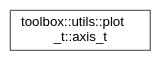
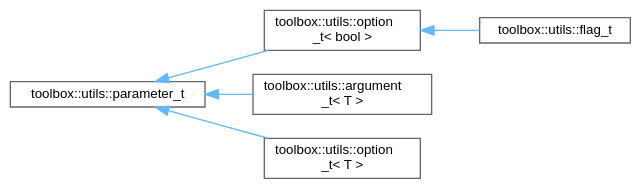
One commit to nerdneilsfield/cpp-toolbox changed the diagram in inherit_graph_169.dot. Above: the diagram before and after it, drawn with Graphviz. The commit also changed 250 other files, not shown here.

```diff
--- a/inherit_graph_169.dot
+++ b/inherit_graph_169.dot
@@ -1,9 +1,17 @@
 digraph "Graphical Class Hierarchy"
 {
  // LATEX_PDF_SIZE
   bgcolor="transparent";
   edge [fontname=Helvetica,fontsize=10,labelfontname=Helvetica,labelfontsize=10];
   node [fontname=Helvetica,fontsize=10,shape=box,height=0.2,width=0.4];
   rankdir="LR";
-  Node0 [id="Node000000",label="toolbox::utils::plot\l_t::axis_t",height=0.2,width=0.4,color="grey40", fillcolor="white", style="filled",URL="$structtoolbox_1_1utils_1_1plot__t_1_1axis__t.html",tooltip=" "];
+  Node0 [id="Node000000",label="toolbox::utils::parameter_t",height=0.2,width=0.4,color="grey40", fillcolor="white", style="filled",URL="$classtoolbox_1_1utils_1_1parameter__t.html",tooltip=" "];
+  Node0 -> Node1 [id="edge116_Node000000_Node000001",dir="back",color="steelblue1",style="solid",tooltip=" "];
+  Node1 [id="Node000001",label="toolbox::utils::option\l_t\< bool \>",height=0.2,width=0.4,color="grey40", fillcolor="white", style="filled",URL="$classtoolbox_1_1utils_1_1option__t.html",tooltip=" "];
+  Node1 -> Node2 [id="edge117_Node000001_Node000002",dir="back",color="steelblue1",style="solid",tooltip=" "];
+  Node2 [id="Node000002",label="toolbox::utils::flag_t",height=0.2,width=0.4,color="grey40", fillcolor="white", style="filled",URL="$classtoolbox_1_1utils_1_1flag__t.html",tooltip=" "];
+  Node0 -> Node3 [id="edge118_Node000000_Node000003",dir="back",color="steelblue1",style="solid",tooltip=" "];
+  Node3 [id="Node000003",label="toolbox::utils::argument\l_t\< T \>",height=0.2,width=0.4,color="grey40", fillcolor="white", style="filled",URL="$classtoolbox_1_1utils_1_1argument__t.html",tooltip=" "];
+  Node0 -> Node4 [id="edge119_Node000000_Node000004",dir="back",color="steelblue1",style="solid",tooltip=" "];
+  Node4 [id="Node000004",label="toolbox::utils::option\l_t\< T \>",height=0.2,width=0.4,color="grey40", fillcolor="white", style="filled",URL="$classtoolbox_1_1utils_1_1option__t.html",tooltip=" "];
 }
```
